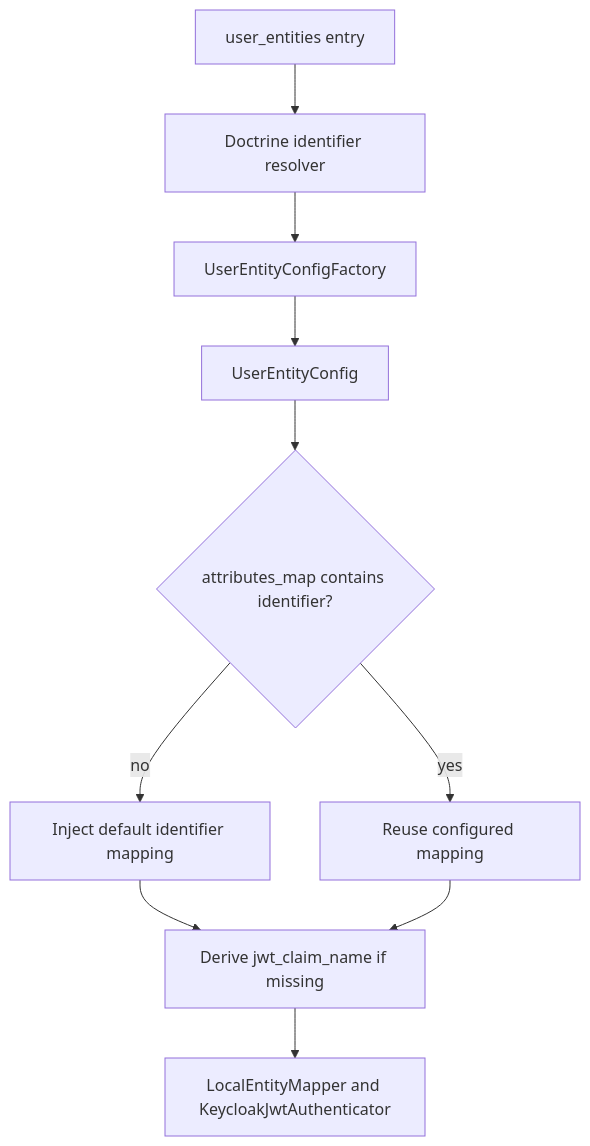
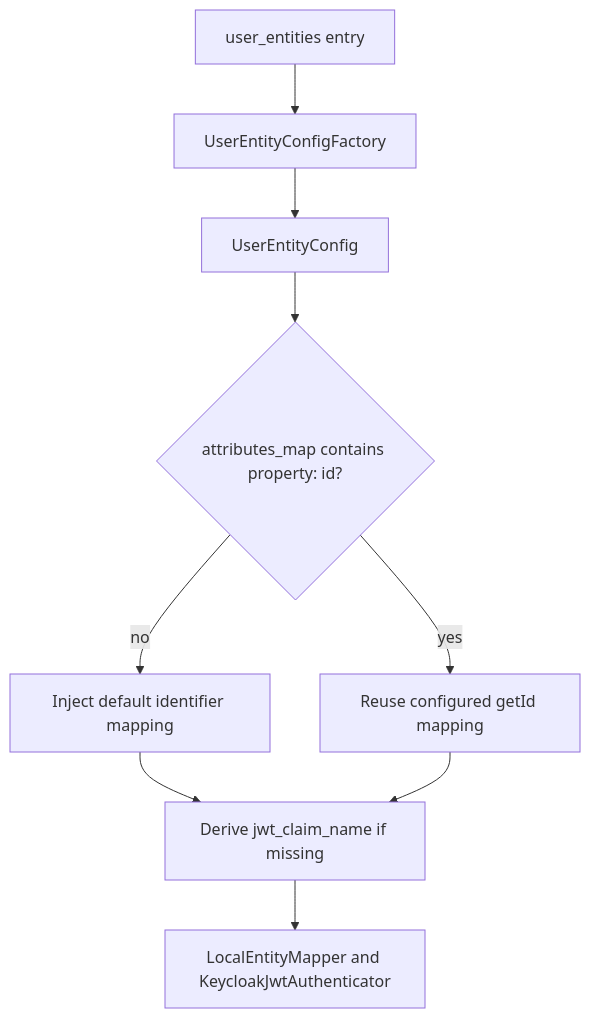
One commit to apacheborys/symfony-keycloak-bundle changed the diagram in docs/configuration.md. Above: the diagram before and after it, drawn with Mermaid. The commit also changed other lines of this file and 23 other files, not shown here.

Commit message:
5: simplify user identifier management operations

````diff
--- a/docs/configuration.md
+++ b/docs/configuration.md
@@ -221,12 +224,11 @@
 ```mermaid
 flowchart TD
-    A[user_entities entry] --> B[Doctrine identifier resolver]
-    B --> C[UserEntityConfigFactory]
-    C --> D[UserEntityConfig]
-    D --> E{attributes_map contains identifier?}
-    E -- no --> F[Inject default identifier mapping]
-    E -- yes --> G[Reuse configured mapping]
-    F --> H[Derive jwt_claim_name if missing]
-    G --> H
-    H --> I[LocalEntityMapper and KeycloakJwtAuthenticator]
+    A[user_entities entry] --> B[UserEntityConfigFactory]
+    B --> C[UserEntityConfig]
+    C --> D{attributes_map contains property: id?}
+    D -- no --> E[Inject default identifier mapping]
+    D -- yes --> F[Reuse configured getId mapping]
+    E --> G[Derive jwt_claim_name if missing]
+    F --> G
+    G --> H[LocalEntityMapper and KeycloakJwtAuthenticator]
 ```
````
